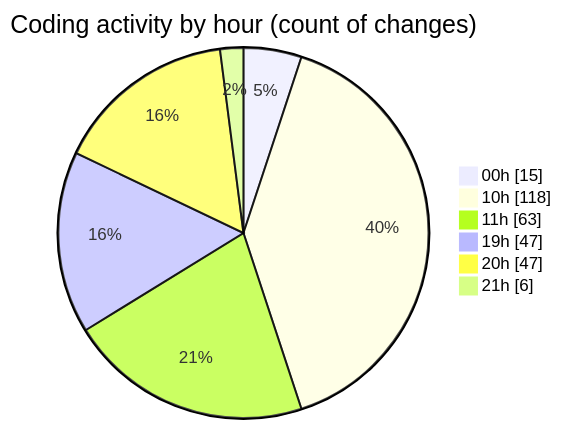
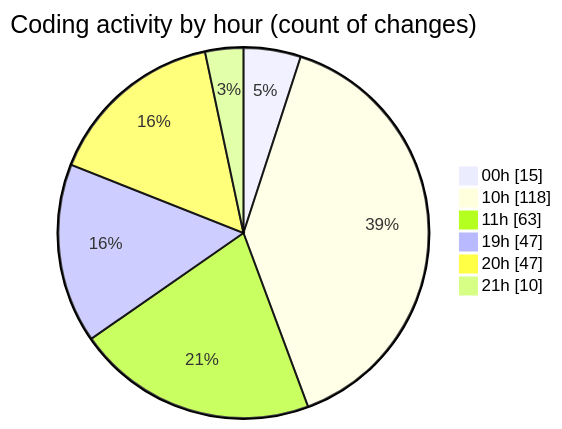
One commit to Ritupan-Deka/code-tracking changed the second of 2 diagrams in 2026-01-11/dsa/README.md. Above: the diagram before and after it, drawn with Mermaid. The commit also changed other lines of this file and 1 other file, not shown here.

````diff
--- a/2026-01-11/dsa/README.md
+++ b/2026-01-11/dsa/README.md
@@ -29,10 +29,10 @@
 ```mermaid
 pie showData
 title Coding activity by hour (count of changes)
 "00h" : 15
 "10h" : 118
 "11h" : 63
 "19h" : 47
 "20h" : 47
-"21h" : 6
+"21h" : 10
 ```
````
